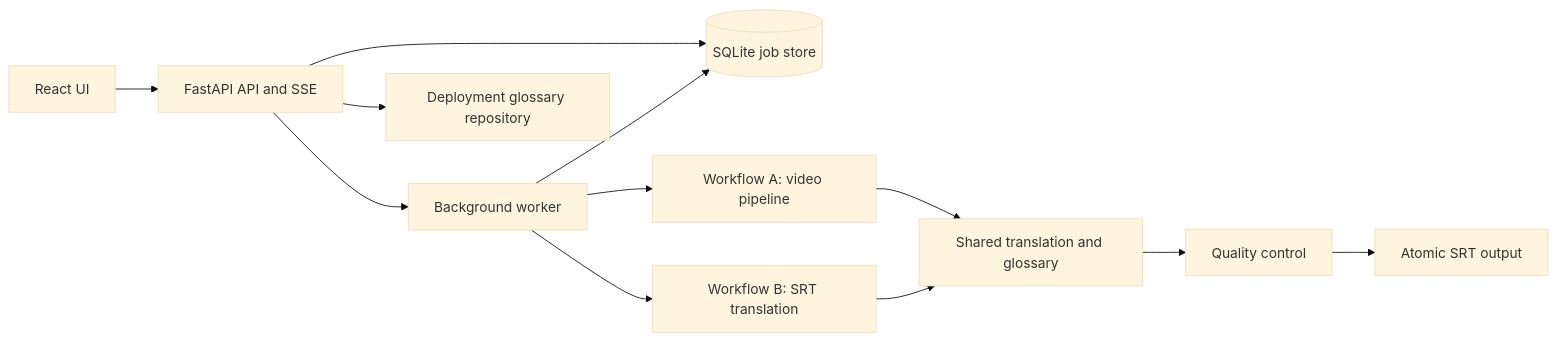
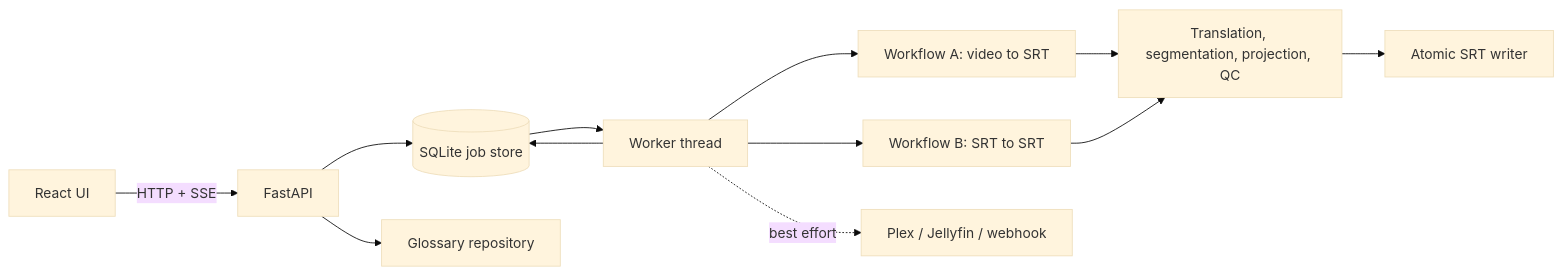
The diagram in docs/architecture.md (mrunknownpbu/ai-assisted-transcription-translation-subtitle-generator), drawn with Mermaid (base theme) before and after one commit. The commit also changed other lines of this file, not shown here.

Commit message:
docs: rewrite the architecture document

````diff
--- a/docs/architecture.md
+++ b/docs/architecture.md
@@ -11,14 +15,14 @@
 ```mermaid
 flowchart LR
-    UI[React UI] --> API[FastAPI API and SSE]
+    UI[React UI] -->|HTTP + SSE| API[FastAPI]
     API --> Store[(SQLite job store)]
-    API --> Worker[Background worker]
-    Worker --> A[Workflow A: video pipeline]
-    Worker --> B[Workflow B: SRT translation]
-    A --> Translate[Shared translation and glossary]
-    B --> Translate
-    Translate --> QC[Quality control]
-    QC --> Output[Atomic SRT output]
+    API --> Glossary[Glossary repository]
+    Store --> Worker[Worker thread]
+    Worker --> A[Workflow A: video to SRT]
+    Worker --> B[Workflow B: SRT to SRT]
+    A --> Common[Translation, segmentation, projection, QC]
+    B --> Common
+    Common --> Out[Atomic SRT writer]
     Worker --> Store
-    API --> Glossary[Deployment glossary repository]
+    Worker -. best effort .-> Int[Plex / Jellyfin / webhook]
 ```
````
